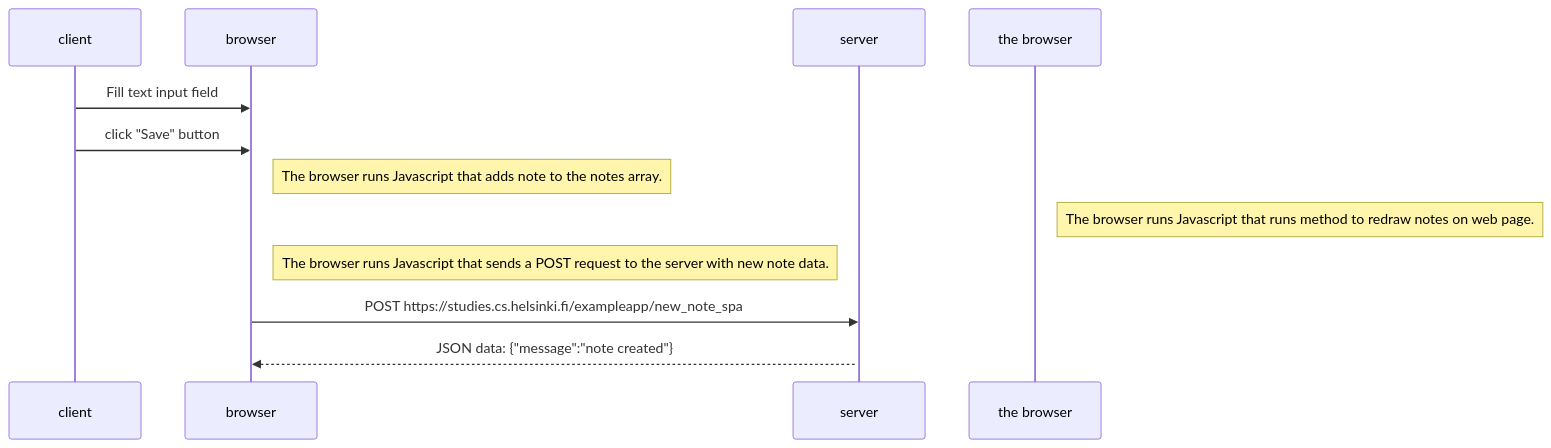
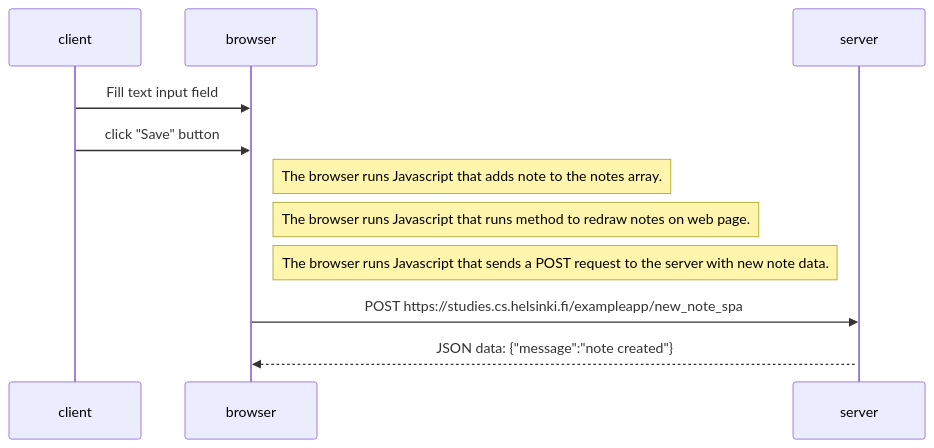
One commit to AndzelaMilowska/fullstackopen changed the diagram in part00/newnoteinsinglepageappdiagram.mmd. Above: the diagram before and after it, drawn with Mermaid.

```diff
--- a/part00/newnoteinsinglepageappdiagram.mmd
+++ b/part00/newnoteinsinglepageappdiagram.mmd
@@ -1,16 +1,16 @@
 sequenceDiagram
   participant client
   participant browser 
   participant server
 
 
   client->>browser: Fill text input field
   client->>browser: click "Save" button
 
   Note right of browser:  The browser runs Javascript that adds note to the notes array.
-  Note right of the browser: The browser runs Javascript that runs method to redraw notes on web page.
+  Note right of browser: The browser runs Javascript that runs method to redraw notes on web page.
   Note right of browser: The browser runs Javascript that sends a POST request to the server with new note data.
   
   browser->>server: POST https://studies.cs.helsinki.fi/exampleapp/new_note_spa
   activate server 
   server-->>browser: JSON data:  {"message":"note created"}
```
